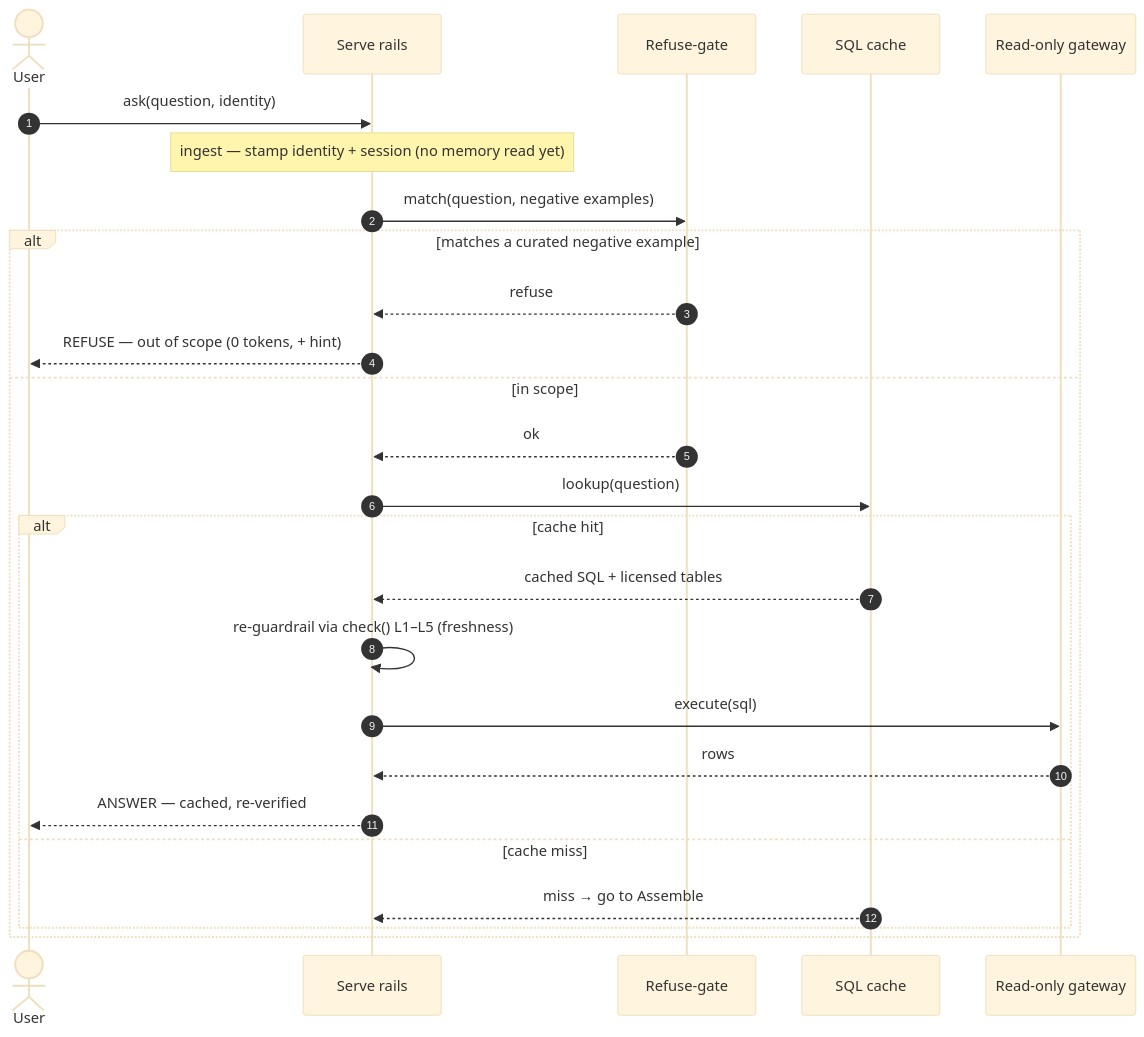
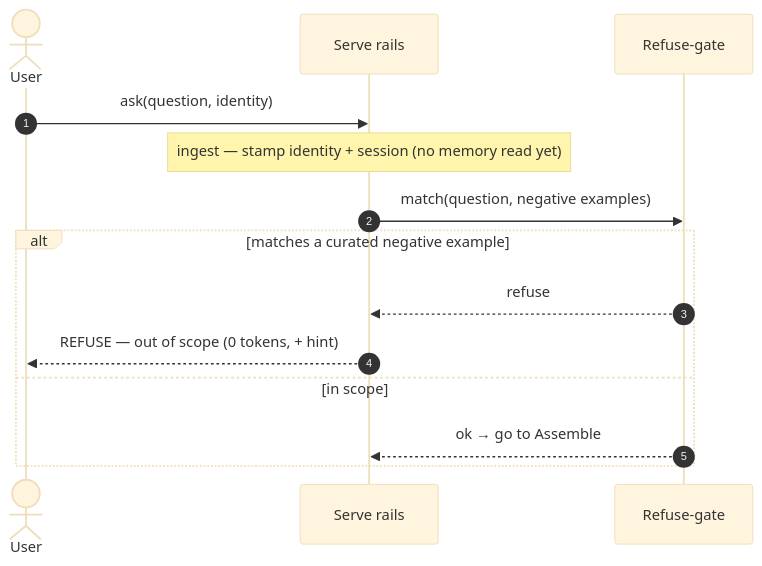
Before and after one commit to Minhao-Zhang/governed-bi: the second of 5 diagrams in docs/analyst-sequence.md, drawn with Mermaid (base theme). The commit also changed other lines of this file and 6 other files, not shown here.

````diff
--- a/docs/analyst-sequence.md
+++ b/docs/analyst-sequence.md
@@ -53,29 +53,17 @@
 ```mermaid
 sequenceDiagram
     autonumber
     actor U as User
     participant R as Serve rails
     participant RG as Refuse-gate
-    participant SC as SQL cache
-    participant DB as Read-only gateway
 
     U->>R: ask(question, identity)
     Note over R: ingest — stamp identity + session (no memory read yet)
     R->>RG: match(question, negative examples)
     alt matches a curated negative example
         RG-->>R: refuse
         R-->>U: REFUSE — out of scope (0 tokens, + hint)
     else in scope
-        RG-->>R: ok
-        R->>SC: lookup(question)
-        alt cache hit
-            SC-->>R: cached SQL + licensed tables
-            R->>R: re-guardrail via check() L1–L5 (freshness)
-            R->>DB: execute(sql)
-            DB-->>R: rows
-            R-->>U: ANSWER — cached, re-verified
-        else cache miss
-            SC-->>R: miss → go to Assemble
-        end
+        RG-->>R: ok → go to Assemble
     end
 ```
````
